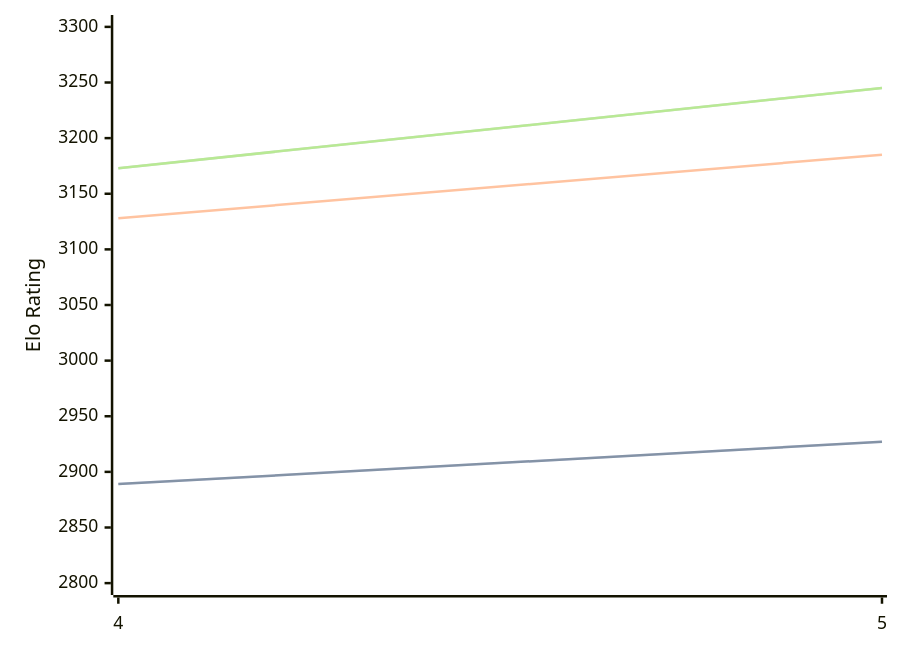
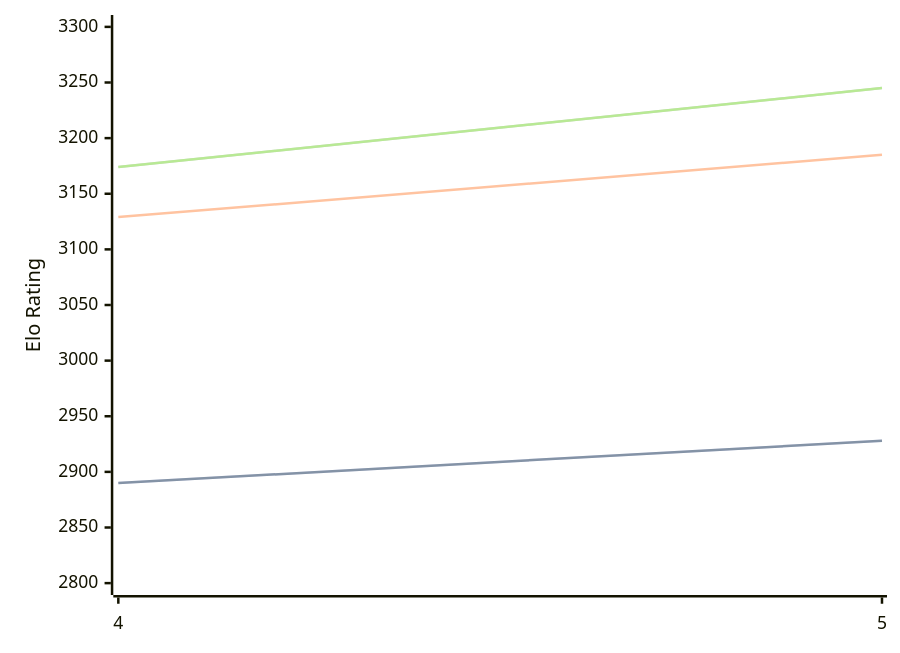
Before and after one commit to computer-chess-index/cci: the diagram in engines/Cwtch.md, drawn with Mermaid. The commit also changed other lines of this file, not shown here.

Commit message:
Update CCI Ratings (ELO VLTC) - 2026-05-01

````diff
--- a/engines/Cwtch.md
+++ b/engines/Cwtch.md
@@ -34,11 +34,11 @@
 ```mermaid
 %%{init: {"theme":"base","themeVariables":{"seriesColors:['#a3a3a3','#222221','#faa371']}}}%%
 xychart-beta
   x-axis ["4", "5"]
   y-axis "Elo Rating" 2800 --> 3300
-  line "STC (8.0+0.08s)" [2889, 2927]
-  line "STC (8.0+0.08s)" [2889, 2927]
-  line "LTC (60.0+0.60s)" [3128, 3185]
-  line "VLTC (2m24s+1.12s)" [3173, 3245]
-  line "VLTC (2m24s+1.12s)" [3173, 3245]
+  line "STC (8.0+0.08s)" [2890, 2928]
+  line "STC (8.0+0.08s)" [2890, 2928]
+  line "LTC (60.0+0.60s)" [3129, 3185]
+  line "VLTC (2m24s+1.12s)" [3174, 3245]
+  line "VLTC (2m24s+1.12s)" [3174, 3245]
 ```
````
